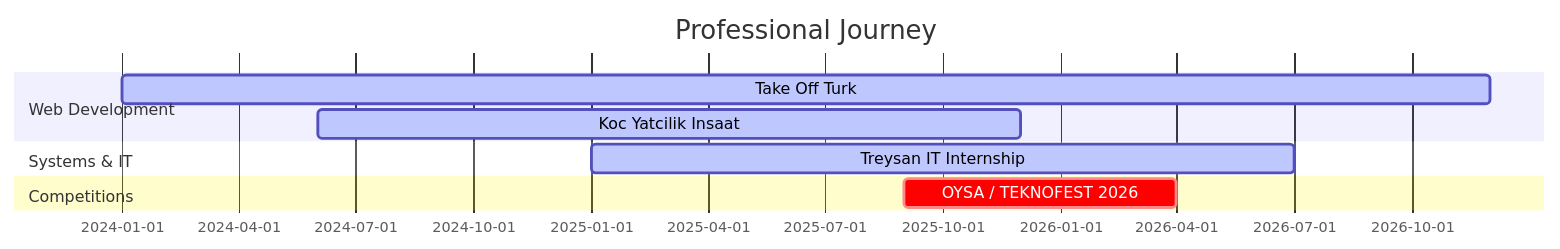
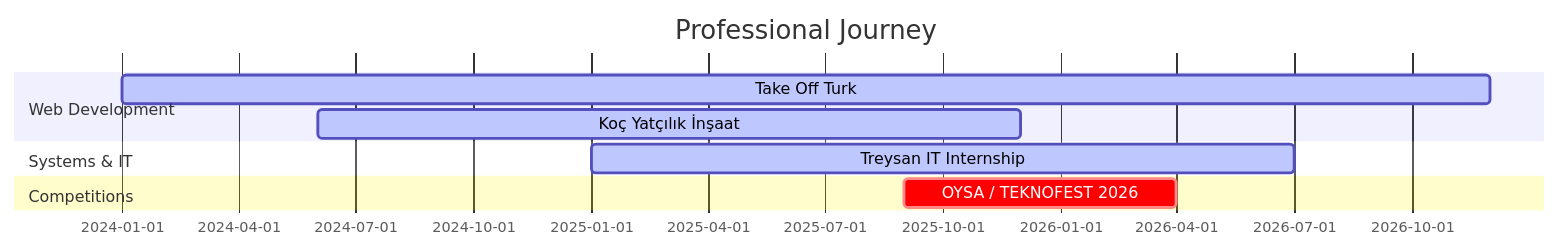
The diagram in README.md (BrK08/BrK08), drawn with Mermaid before and after one commit. The commit also changed other lines of this file, not shown here.

````diff
--- a/README.md
+++ b/README.md
@@ -195,12 +191,12 @@
 ```mermaid
 gantt
     title Professional Journey
     dateFormat YYYY-MM
     section Web Development
     Take Off Turk          :active, 2024-01, 2026-12
-    Koc Yatcilik Insaat    :active, 2024-06, 2025-12
+    Koç Yatçılık İnşaat    :active, 2024-06, 2025-12
     section Systems & IT
     Treysan IT Internship  :active, 2025-01, 2026-07
     section Competitions
     OYSA / TEKNOFEST 2026  :crit, 2025-09, 2026-04
 ```
````
